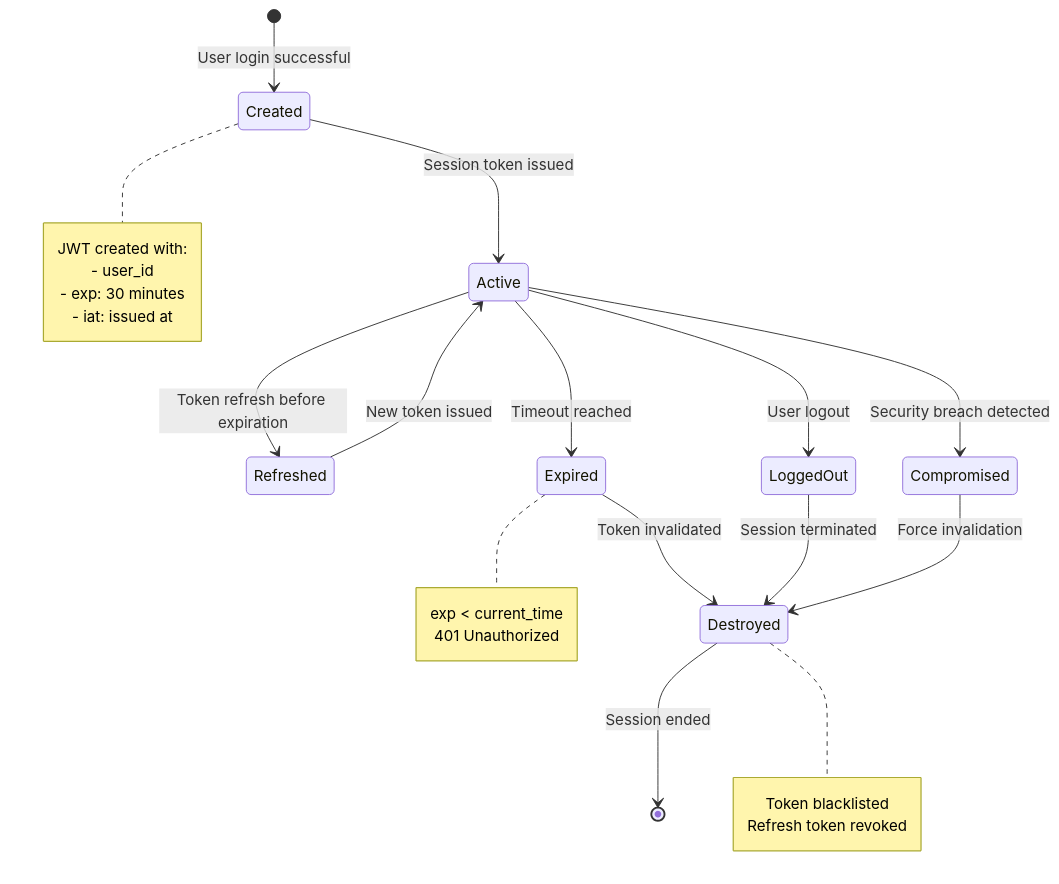
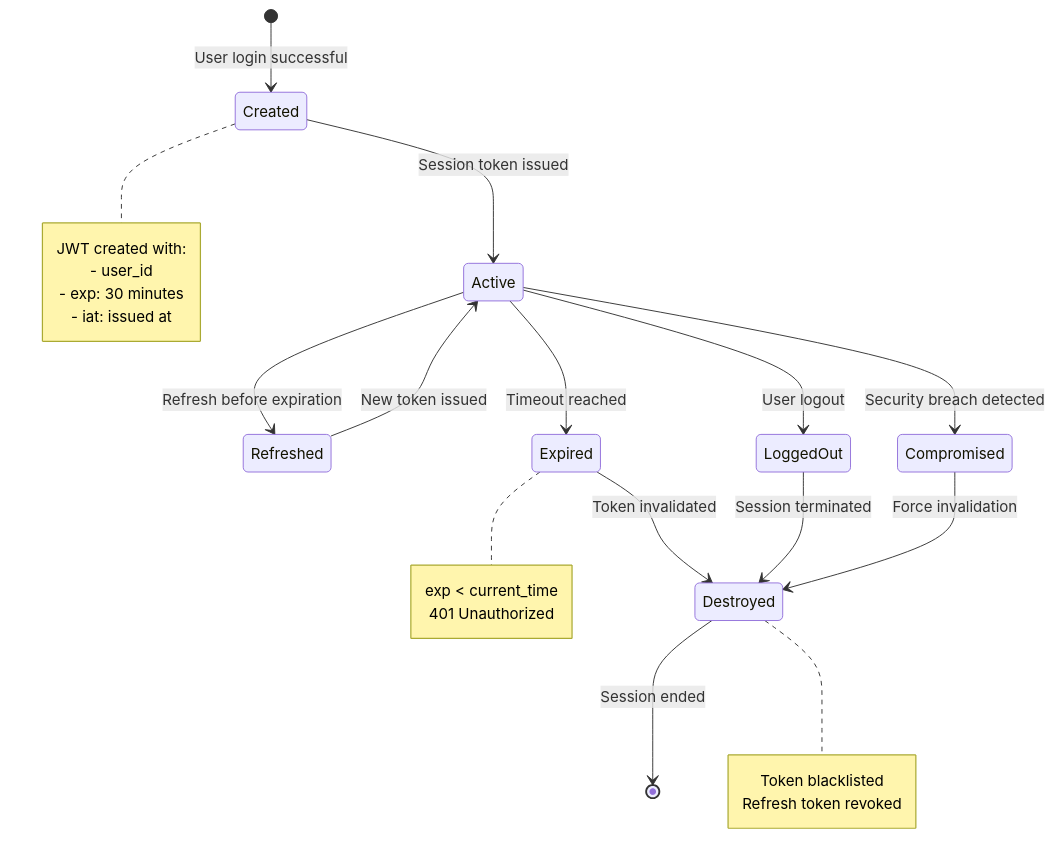
One commit to wahidyankf/ose-primer changed the third of 5 diagrams in docs/explanation/software-engineering/programming-languages/python/security.md. Above: the diagram before and after it, drawn with Mermaid. The commit also changed 4 other files, not shown here.

First line of the commit message:
fix(docs): remediate mermaid violations surfaced by the detect_kind fix

````diff
--- a/docs/explanation/software-engineering/programming-languages/python/security.md
+++ b/docs/explanation/software-engineering/programming-languages/python/security.md
@@ -370,37 +370,37 @@
 ```mermaid
 %% Color Palette: Blue #0173B2, Orange #DE8F05, Teal #029E73, Purple #CC78BC
 stateDiagram-v2
   [*] --> Created: User login successful
   Created --> Active: Session token issued
 
-  Active --> Refreshed: Token refresh before expiration
+  Active --> Refreshed: Refresh before expiration
   Refreshed --> Active: New token issued
 
   Active --> Expired: Timeout reached
   Expired --> Destroyed: Token invalidated
 
   Active --> LoggedOut: User logout
   LoggedOut --> Destroyed: Session terminated
 
   Active --> Compromised: Security breach detected
   Compromised --> Destroyed: Force invalidation
 
   Destroyed --> [*]: Session ended
 
   note right of Created
     JWT created with:
     - user_id
     - exp: 30 minutes
     - iat: issued at
   end note
 
   note right of Expired
     exp < current_time
     401 Unauthorized
   end note
 
   note right of Destroyed
     Token blacklisted
     Refresh token revoked
   end note
 ```
````
